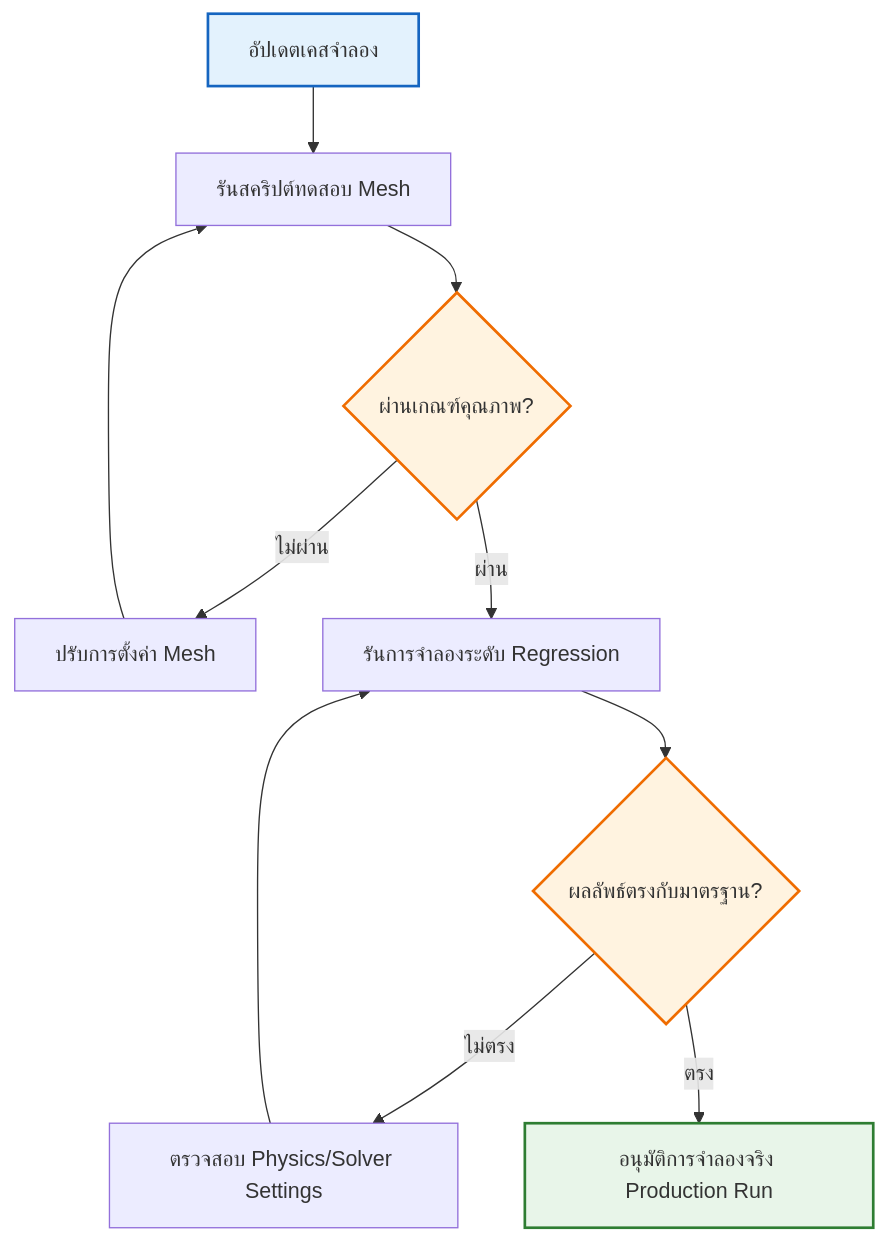
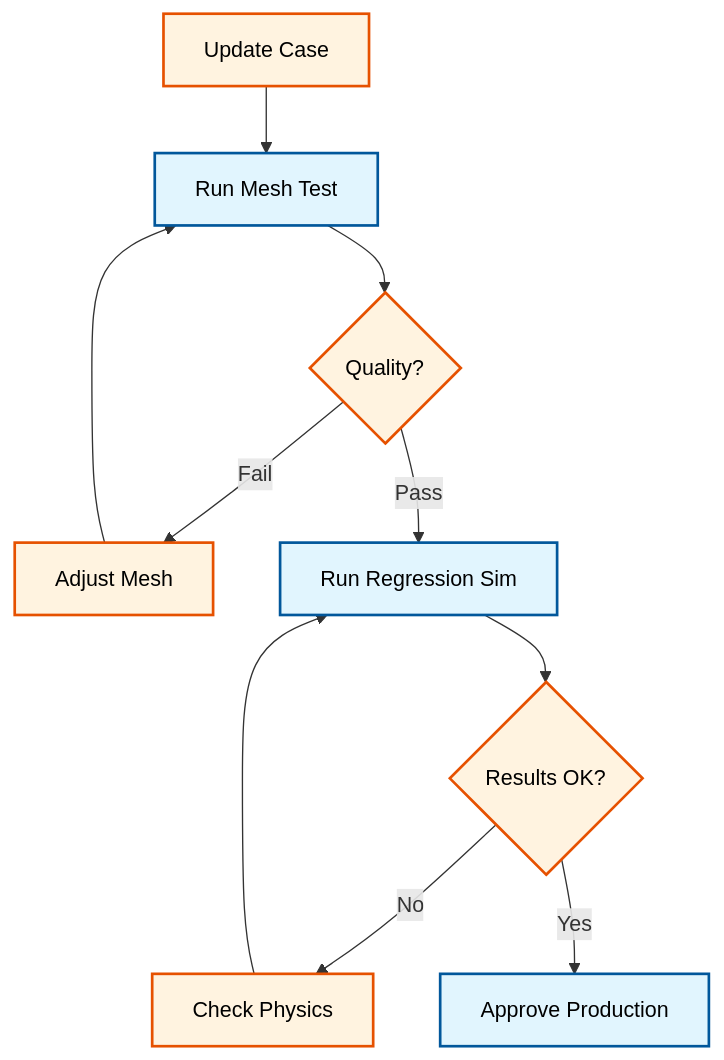
The diagram in MODULE_07_UTILITIES_AUTOMATION/CONTENT/07_PROFESSIONAL_PRACTICE/04_Testing_and_QA.md (wramet/build-my-cfd), drawn with Mermaid before and after one commit. The commit also changed 313 other files, not shown here.

Commit message:
Revise all diagram

````diff
--- a/MODULE_07_UTILITIES_AUTOMATION/CONTENT/07_PROFESSIONAL_PRACTICE/04_Testing_and_QA.md
+++ b/MODULE_07_UTILITIES_AUTOMATION/CONTENT/07_PROFESSIONAL_PRACTICE/04_Testing_and_QA.md
@@ -183,17 +183,16 @@
 ```mermaid
 flowchart TD
-    A[อัปเดตเคสจำลอง] --> B[รันสคริปต์ทดสอบ Mesh]
-    B --> C{ผ่านเกณฑ์คุณภาพ?}
-    C -->|ไม่ผ่าน| D[ปรับการตั้งค่า Mesh]
-    D --> B
-    C -->|ผ่าน| E[รันการจำลองระดับ Regression]
-    E --> F{ผลลัพธ์ตรงกับมาตรฐาน?}
-    F -->|ไม่ตรง| G[ตรวจสอบ Physics/Solver Settings]
-    G --> E
-    F -->|ตรง| H[อนุมัติการจำลองจริง Production Run]
+classDef implicit fill:#e1f5fe,stroke:#01579b,stroke-width:2px,color:#000
+classDef explicit fill:#fff3e0,stroke:#e65100,stroke-width:2px,color:#000
+classDef context fill:#f5f5f5,stroke:#616161,stroke-width:1px,color:#000,stroke-dasharray: 5 5
 
-    style A fill:#e3f2fd,stroke:#1565c0,stroke-width:2px
-    style H fill:#e8f5e9,stroke:#2e7d32,stroke-width:2px
-    style C fill:#fff3e0,stroke:#ef6c00,stroke-width:2px
-    style F fill:#fff3e0,stroke:#ef6c00,stroke-width:2px
+A[Update Case]:::explicit --> B[Run Mesh Test]:::implicit
+B --> C{Quality?}:::explicit
+C -->|Fail| D[Adjust Mesh]:::explicit
+D --> B
+C -->|Pass| E[Run Regression Sim]:::implicit
+E --> F{Results OK?}:::explicit
+F -->|No| G[Check Physics]:::explicit
+G --> E
+F -->|Yes| H[Approve Production]:::implicit
 ```
````
